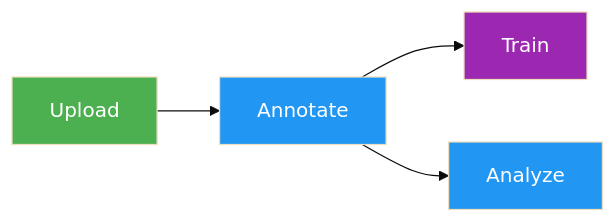
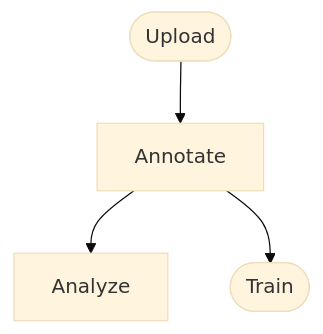
Before and after one commit to ultralytics/ultralytics: the diagram in docs/en/platform/data/index.md, drawn with Mermaid (base theme). The commit also changed 20 other files, not shown here.

Commit message:
Migrate docs Mermaid diagrams to the unified design system (#26573)

````diff
--- a/docs/en/platform/data/index.md
+++ b/docs/en/platform/data/index.md
@@ -42,10 +42,6 @@
 ```mermaid
-graph LR
-    A[Upload]:::start --> B[Annotate]:::proc
-    B --> D[Train]:::out
-    B --> C[Analyze]:::proc
-
-    classDef start fill:#4CAF50,color:#fff
-    classDef proc fill:#2196F3,color:#fff
-    classDef out fill:#9C27B0,color:#fff
+flowchart TD
+    A([Upload]) --> B[Annotate]
+    B --> C[Analyze]
+    B --> D([Train])
 ```
````
